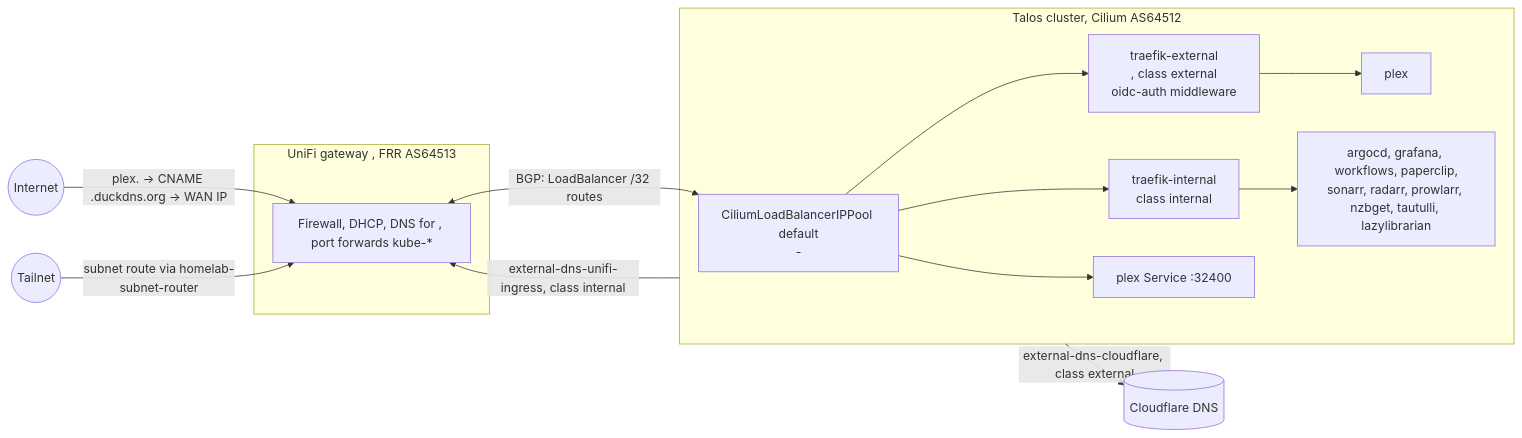
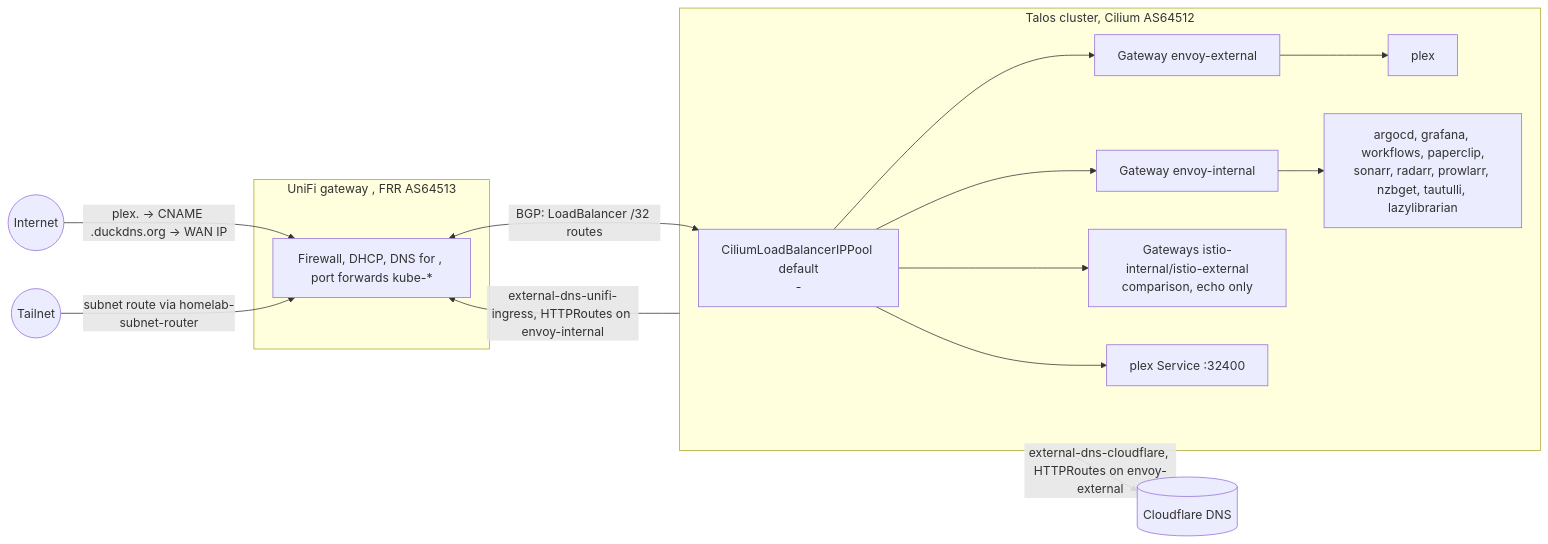
The first of 4 diagrams in docs/networking.md (ryanmcafee/homelab), drawn with Mermaid before and after one commit. The commit also changed other lines of this file and 281 other files, not shown here.

````diff
--- a/docs/networking.md
+++ b/docs/networking.md
@@ -31,19 +31,20 @@
 ```mermaid
 flowchart LR
   inet((Internet)) -->|"plex.<DOMAIN> → CNAME <DUCKDNS_SUBDOMAIN>.duckdns.org → WAN IP"| gw
   ts((Tailnet)) -->|subnet route via homelab-subnet-router| gw
   subgraph unifi["UniFi gateway <GATEWAY_IP>, FRR AS64513"]
     gw[Firewall, DHCP, DNS for <DOMAIN>, port forwards kube-*]
   end
   gw <-->|"BGP: LoadBalancer /32 routes"| cilium
   subgraph cluster["Talos cluster, Cilium AS64512"]
     cilium["CiliumLoadBalancerIPPool default\n<LB_POOL_START>-<LB_POOL_END>"]
-    cilium --> te["traefik-external\n<TRAEFIK_STATIC_IP>, class external\noidc-auth middleware"]
-    cilium --> ti["traefik-internal\nclass internal"]
+    cilium --> te["Gateway envoy-external\n<GATEWAY_EXTERNAL_STATIC_IP>"]
+    cilium --> ti["Gateway envoy-internal\n<GATEWAY_INTERNAL_STATIC_IP>"]
+    cilium --> istio["Gateways istio-internal/istio-external\ncomparison, echo only"]
     cilium --> plexsvc["plex Service <PLEX_LB_IP>:32400"]
     te --> plex[plex]
     ti --> apps["argocd, grafana, workflows, paperclip,\nsonarr, radarr, prowlarr, nzbget, tautulli, lazylibrarian"]
   end
-  cluster -->|external-dns-cloudflare, class external| cf[(Cloudflare DNS)]
-  cluster -->|external-dns-unifi-ingress, class internal| gw
+  cluster -->|external-dns-cloudflare, HTTPRoutes on envoy-external| cf[(Cloudflare DNS)]
+  cluster -->|external-dns-unifi-ingress, HTTPRoutes on envoy-internal| gw
 ```
````
